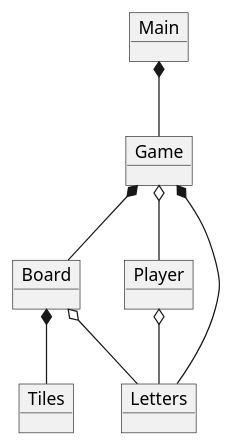
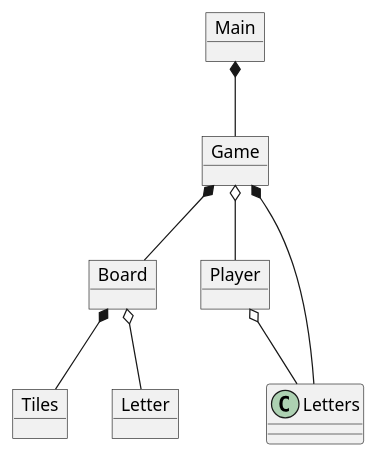
One commit to cph-dh223/ICE changed the diagram in doc/domaindiagram.puml. Above: the diagram before and after it, drawn with PlantUML.

```diff
--- a/doc/domaindiagram.puml
+++ b/doc/domaindiagram.puml
@@ -1,17 +1,17 @@
 @startuml
 object Main
 object Game
 object Tiles
 object Board
 object Player
-object Letters
+object Letter
 
 Main *-- Game
 Game o-- Player
 Game *-- Board 
 Game *-- Letters
 Player o-- Letters
 Board *-- Tiles
-Board o-- Letters
+Board o-- Letter
 
 @enduml
```
